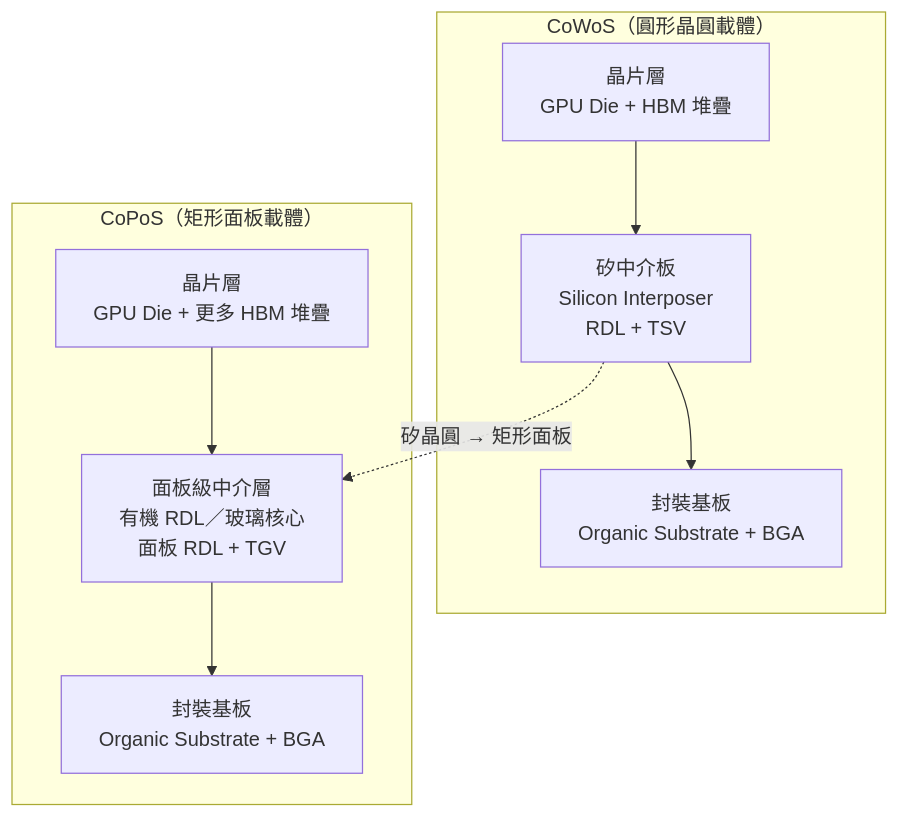
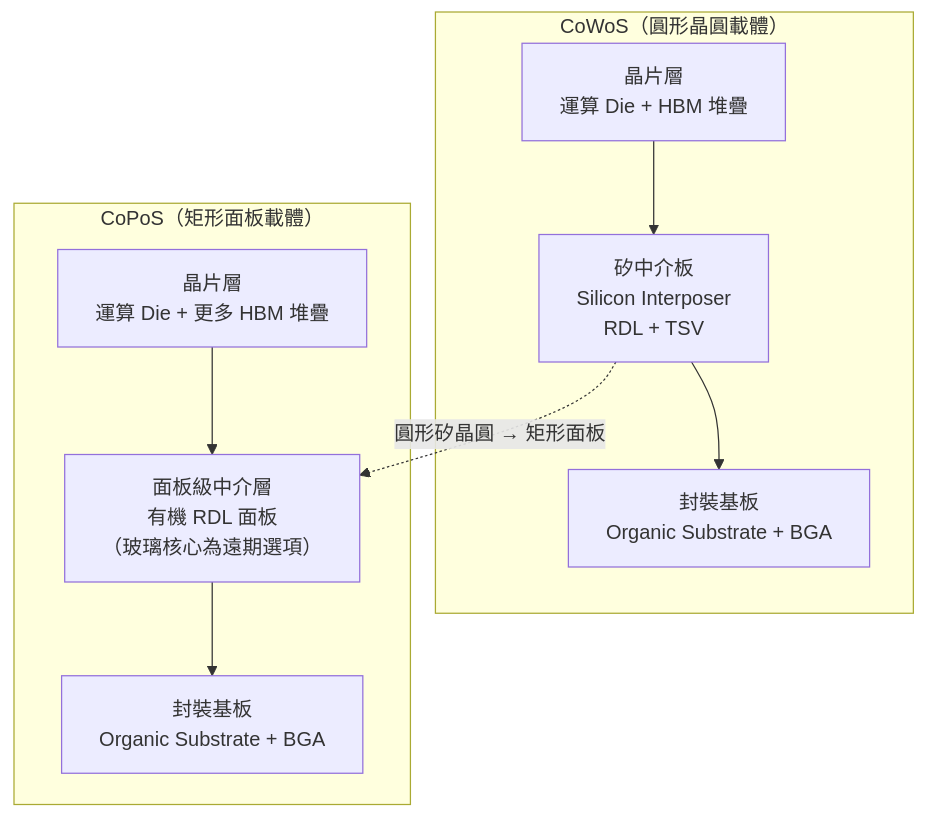
Before and after one commit to wizardhsiehcom/book: the first of 2 diagrams in docs/copos/05-copos-overview.md, drawn with Mermaid. The commit also changed other lines of this file and 33 other files, not shown here.

````diff
--- a/docs/copos/05-copos-overview.md
+++ b/docs/copos/05-copos-overview.md
@@ -30,16 +51,16 @@
 ```mermaid
 flowchart TB
     subgraph "CoWoS（圓形晶圓載體）"
-        CW_C["晶片層<br/>GPU Die + HBM 堆疊"]
+        CW_C["晶片層<br/>運算 Die + HBM 堆疊"]
         CW_I["矽中介板<br/>Silicon Interposer<br/>RDL + TSV"]
         CW_S["封裝基板<br/>Organic Substrate + BGA"]
         CW_C --> CW_I --> CW_S
     end
     subgraph "CoPoS（矩形面板載體）"
-        CP_C["晶片層<br/>GPU Die + 更多 HBM 堆疊"]
-        CP_I["面板級中介層<br/>有機 RDL／玻璃核心<br/>面板 RDL + TGV"]
+        CP_C["晶片層<br/>運算 Die + 更多 HBM 堆疊"]
+        CP_I["面板級中介層<br/>有機 RDL 面板<br/>（玻璃核心為遠期選項）"]
         CP_S["封裝基板<br/>Organic Substrate + BGA"]
         CP_C --> CP_I --> CP_S
     end
-    CW_I -. "矽晶圓 → 矩形面板" .-> CP_I
+    CW_I -. "圓形矽晶圓 → 矩形面板" .-> CP_I
 ```
````
